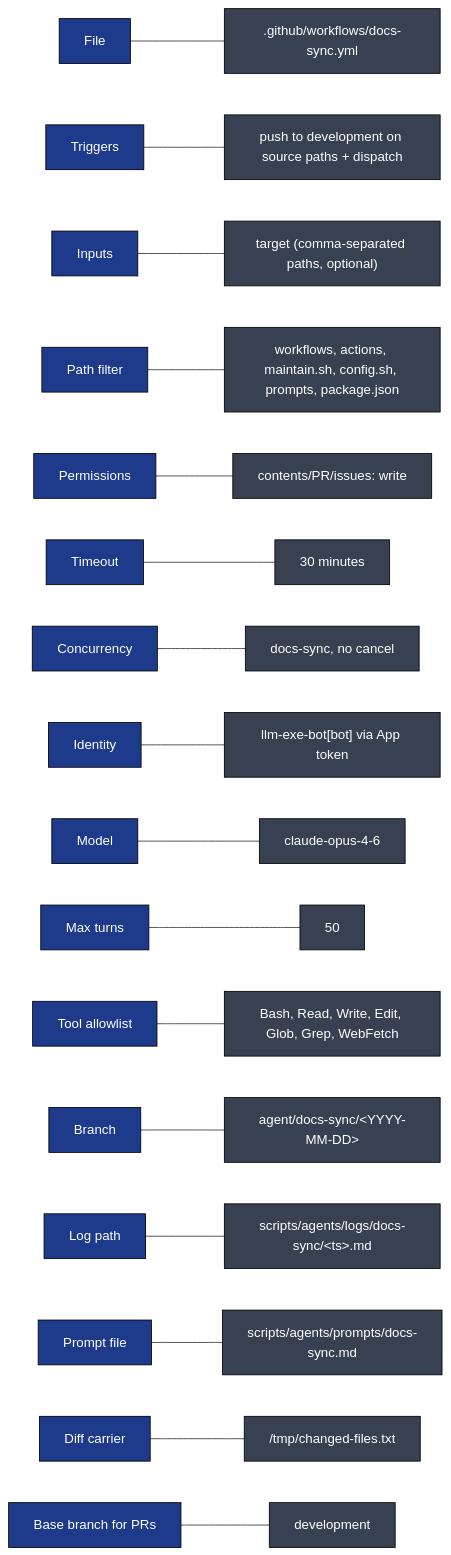
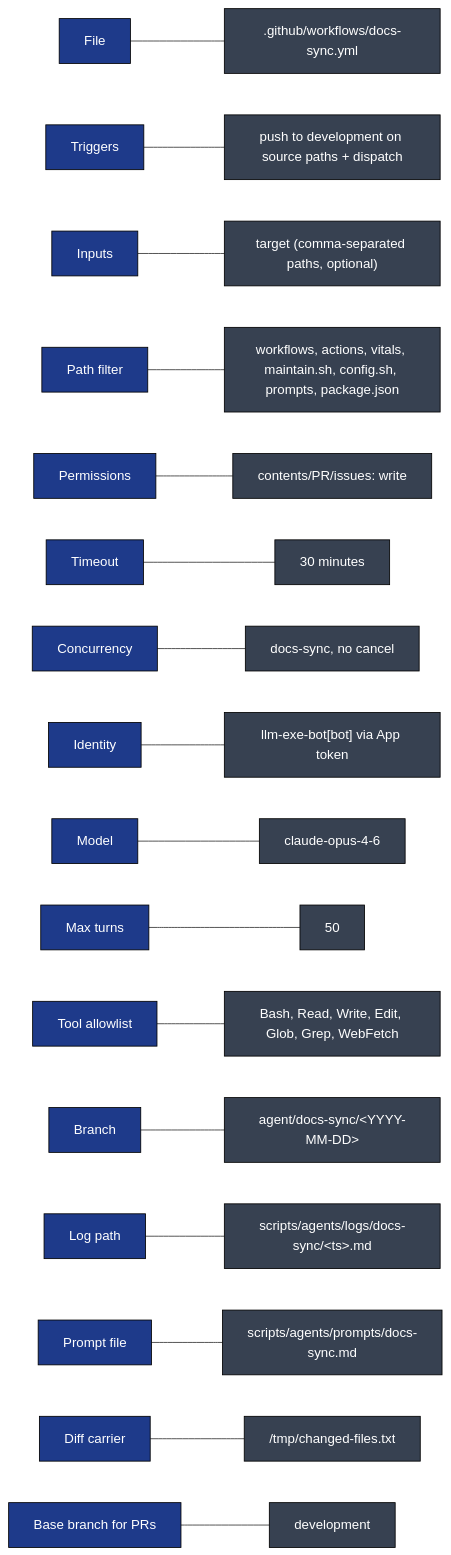
Diagram 15 of 16 in .github/docs/DOCS_SYNC_DEEP_DIVE.md (gregreindel/llm-exe), drawn with Mermaid before and after one commit. The commit also changed other lines of this file and 1 other file, not shown here.

````diff
--- a/.github/docs/DOCS_SYNC_DEEP_DIVE.md
+++ b/.github/docs/DOCS_SYNC_DEEP_DIVE.md
@@ -578,22 +578,22 @@
 ```mermaid
 flowchart LR
     classDef k fill:#1e3a8a,color:#fff,stroke:#000
     classDef v fill:#374151,color:#fff,stroke:#000
 
     K1["File"]:::k --- V1[".github/workflows/docs-sync.yml"]:::v
     K2["Triggers"]:::k --- V2["push to development on source paths + dispatch"]:::v
     K3["Inputs"]:::k --- V3["target (comma-separated paths, optional)"]:::v
-    K4["Path filter"]:::k --- V4["workflows, actions, maintain.sh, config.sh, prompts, package.json"]:::v
+    K4["Path filter"]:::k --- V4["workflows, actions, vitals, maintain.sh, config.sh, prompts, package.json"]:::v
     K5["Permissions"]:::k --- V5["contents/PR/issues: write"]:::v
     K6["Timeout"]:::k --- V6["30 minutes"]:::v
     K7["Concurrency"]:::k --- V7["docs-sync, no cancel"]:::v
     K8["Identity"]:::k --- V8["llm-exe-bot[bot] via App token"]:::v
     K9["Model"]:::k --- V9["claude-opus-4-6"]:::v
     K10["Max turns"]:::k --- V10["50"]:::v
     K11["Tool allowlist"]:::k --- V11["Bash, Read, Write, Edit, Glob, Grep, WebFetch"]:::v
     K12["Branch"]:::k --- V12["agent/docs-sync/&lt;YYYY-MM-DD&gt;"]:::v
     K13["Log path"]:::k --- V13["scripts/agents/logs/docs-sync/&lt;ts&gt;.md"]:::v
     K14["Prompt file"]:::k --- V14["scripts/agents/prompts/docs-sync.md"]:::v
     K15["Diff carrier"]:::k --- V15["/tmp/changed-files.txt"]:::v
     K16["Base branch for PRs"]:::k --- V16["development"]:::v
 ```
````
